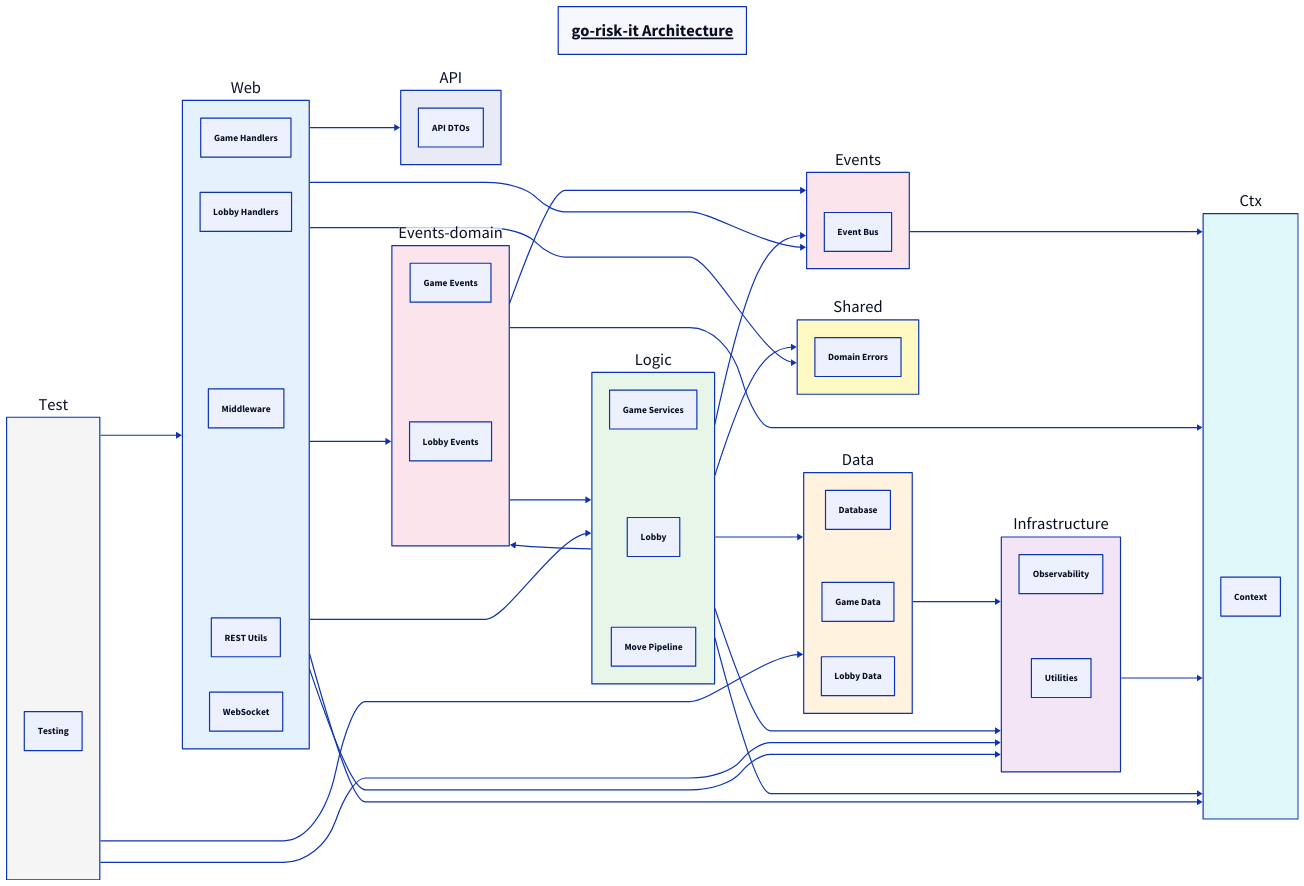
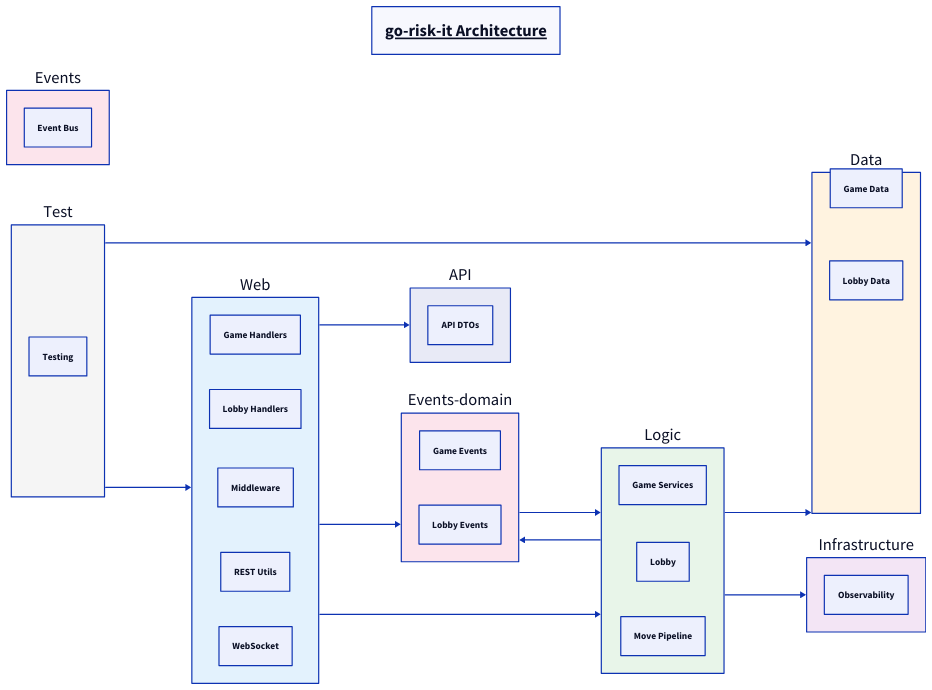
The diagram in docs/architecture-diagram.d2 (go-risk-it/go-risk-it), drawn with D2 before and after one commit. The commit also changed 1 other file, not shown here.

Commit message:
fix(docs): regenerate architecture diagram for current package layout
The diagram generator picks up local filesystem state. Packages moved
to internal/kernel/ in the parallel refactor exist on disk but aren't
committed, causing the old paths to disappear from the diagram.

```diff
--- a/docs/architecture-diagram.d2
+++ b/docs/architecture-diagram.d2
@@ -1,94 +1,69 @@
 # Architecture diagram — auto-generated by cmd/archdiagram.
 # Do not edit manually; run 'make diagrams' to regenerate.
 
 title: go-risk-it Architecture {
   near: top-center
   style.font-size: 28
   style.underline: true
 }
 
 direction: right
 
 api: API {
   style.fill: "#E8EAF6"
   api_dtos: "API DTOs"
 }
 
 infrastructure: Infrastructure {
   style.fill: "#F3E5F5"
   observability: "Observability"
-  utilities: "Utilities"
-}
-
-ctx: Ctx {
-  style.fill: "#E0F7FA"
-  context: "Context"
 }
 
 data: Data {
   style.fill: "#FFF3E0"
-  database: "Database"
   game_data: "Game Data"
   lobby_data: "Lobby Data"
 }
 
 events: Events {
   style.fill: "#FCE4EC"
   event_bus: "Event Bus"
 }
 
 events_domain: Events-domain {
   style.fill: "#FCE4EC"
   game_events: "Game Events"
   lobby_events: "Lobby Events"
-}
-
-shared: Shared {
-  style.fill: "#FFF9C4"
-  domain_errors: "Domain Errors"
 }
 
 logic: Logic {
   style.fill: "#E8F5E9"
   game_services: "Game Services"
   lobby_logic: "Lobby"
   move_pipeline: "Move Pipeline"
 }
 
 web: Web {
   style.fill: "#E3F2FD"
   game_handlers: "Game Handlers"
   lobby_handlers: "Lobby Handlers"
   middleware: "Middleware"
   rest_utils: "REST Utils"
   websocket: "WebSocket"
 }
 
 test: Test {
   style.fill: "#F5F5F5"
   testing: "Testing"
 }
 
 # Cross-layer dependencies (layer-to-layer)
-data -> infrastructure
-events -> ctx
-events_domain -> ctx
-events_domain -> events
 events_domain -> logic
-infrastructure -> ctx
-logic -> ctx
 logic -> data
-logic -> events
 logic -> events_domain
 logic -> infrastructure
-logic -> shared
 test -> data
-test -> infrastructure
 test -> web
 web -> api
-web -> ctx
-web -> events
 web -> events_domain
-web -> infrastructure
 web -> logic
-web -> shared
```
